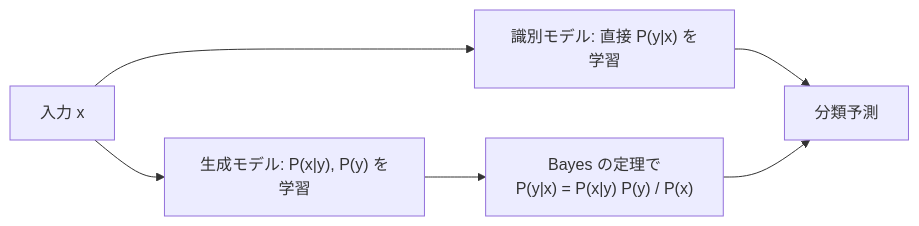
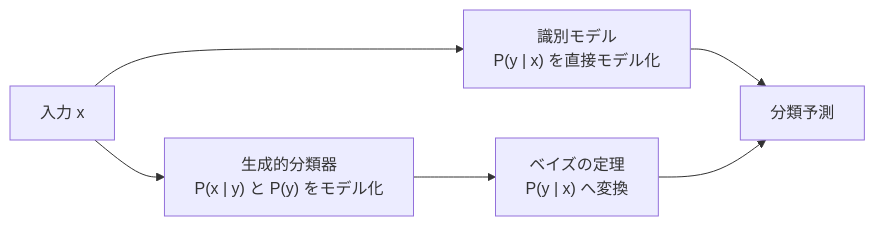
The diagram in projects/ml/notes/math/bayes-theorem/index.md (nao1215/debimate), drawn with Mermaid before and after one commit. The commit also changed other lines of this file and 138 other files, not shown here.

````diff
--- a/projects/ml/notes/math/bayes-theorem/index.md
+++ b/projects/ml/notes/math/bayes-theorem/index.md
@@ -160,8 +154,8 @@
 ```mermaid
-graph LR
-    A["入力 x"] --> B["識別モデル: 直接 P(y|x) を学習"]
-    A --> C["生成モデル: P(x|y), P(y) を学習"]
-    C --> D["Bayes の定理で<br/>P(y|x) = P(x|y) P(y) / P(x)"]
+flowchart LR
+    A["入力 x"] --> B["識別モデル<br/>P(y | x) を直接モデル化"]
+    A --> C["生成的分類器<br/>P(x | y) と P(y) をモデル化"]
+    C --> D["ベイズの定理<br/>P(y | x) へ変換"]
     B --> E["分類予測"]
     D --> E
 ```
````
